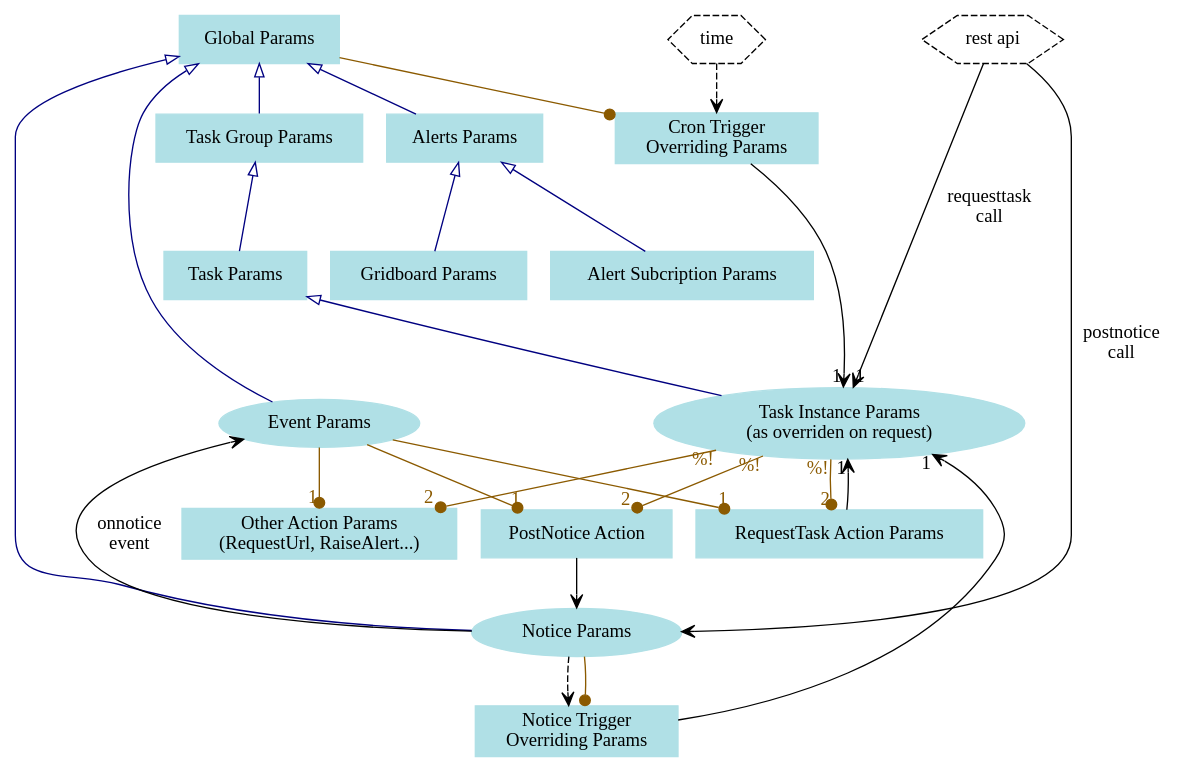
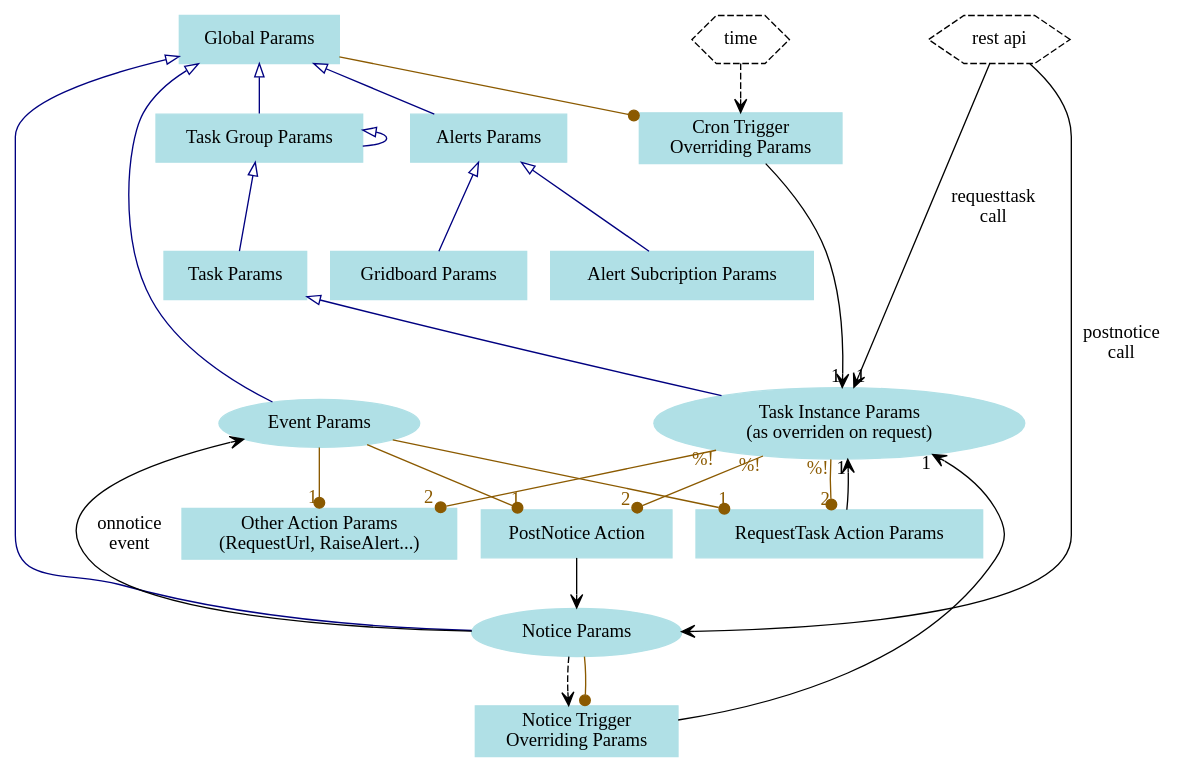
The diagram in doc/paramset_hierarchy.dot (g76r/libqron), drawn with Graphviz before and after one commit.

Commit message:
doc: added taskgroup inheritance to paramset hierarchy diagram

```diff
--- a/doc/paramset_hierarchy.dot
+++ b/doc/paramset_hierarchy.dot
@@ -1,71 +1,71 @@
 graph g {
 
 // configuration objects carrying params
 node [shape=box,style=filled,color=powderblue]
 global [label="Global Params"]
 { rank=min; global } // sticked at the top
 taskgroup [label="Task Group Params"]
 task [label="Task Params"]
 noticetrigger [label="Notice Trigger\nOverriding Params"]
 crontrigger [label="Cron Trigger\nOverriding Params"]
 requesttaskaction [label="RequestTask Action Params"]
 postnoticeaction [label="PostNotice Action"]
 otheraction [label="Other Action Params\n(RequestUrl, RaiseAlert...)"]
 alerts [label="Alerts Params"]
 //webconsole [label="Web Console Params"]
 alertsub [label="Alert Subcription Params"]
 gridboard [label="Gridboard Params"]
 
 // runtime objects carrying params
 node [shape=ellipse]
 taskinstance [label="Task Instance Params\n(as overriden on request)"]
 event [label="Event Params"]
 notice [label="Notice Params"]
 { rank=same; event; taskinstance } // hint to avoid layouts with notice above event
 
 // actors
 node [shape=hexagon,style=dashed,color=""]
 restapi [label="REST API"]
 time [label="time"]
 { rank=min; restapi; time; } // sticked at the top
 
 // ParamSet inheritage (mostly in configuration)
 edge [dir=back,arrowtail=onormal,color=navy,fontcolor=navy]
-global -- taskgroup -- task
+global -- taskgroup -- taskgroup -- task
 task -- taskinstance
 global -- event
 global -- notice
 global -- alerts -- alertsub
 alerts -- gridboard
 //global -- webconsole
 
 // parameter injection at runtime
 edge [dir=forward,arrowhead=vee,color=black,fontcolor=black]
 crontrigger -- taskinstance [headlabel=1]
 noticetrigger -- taskinstance [headlabel=1]
 notice -- event [label="onnotice\nevent"]
 restapi [label="rest api"]
 restapi -- notice [label="postnotice\ncall"]
 requesttaskaction -- taskinstance [headlabel=1]
 postnoticeaction -- notice
 restapi -- taskinstance [label="requesttask\ncall",headlabel=1]
 
 // triggering w/o params
 time -- crontrigger [style=dashed]
 notice -- noticetrigger [style=dashed]
 
 // context for parameters evaluation
 edge [dir=forward,arrowhead=dot,color=orange4,fontcolor=orange4]
 notice -- noticetrigger
 global -- crontrigger
 // note: taskinstance -- xxxaction edges make only sense when the event occurs
 //       within a task
 // note: taskinstance -- xxxaction edges only give visibility taskinstance %!
 //        params, not taskinstance's params being them overriden or not
 event -- requesttaskaction [headlabel=1]
 taskinstance -- requesttaskaction [taillabel="%!",headlabel=2]
 event -- postnoticeaction [headlabel=1]
 taskinstance -- postnoticeaction [taillabel="%!",headlabel=2]
 event -- otheraction [headlabel=1]
 taskinstance -- otheraction [taillabel="%!",headlabel=2]
 }
```
